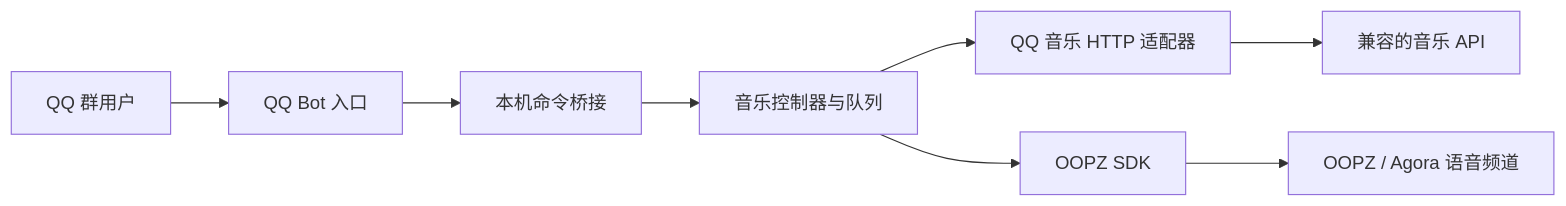
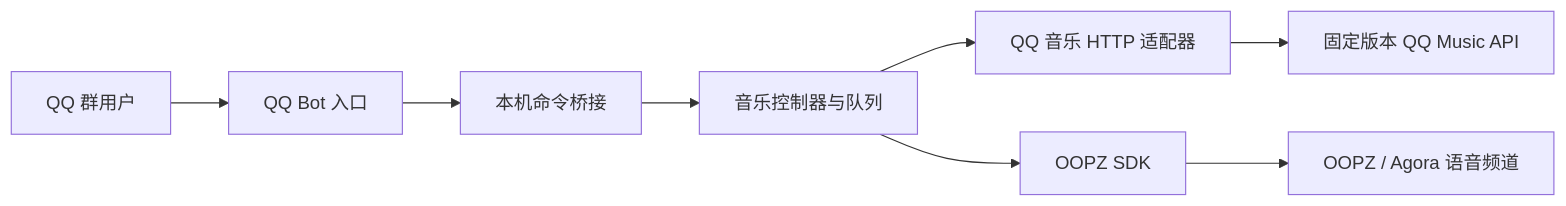
One commit to ji333abc/oopz-music-bot changed the diagram in README.md. Above: the diagram before and after it, drawn with Mermaid. The commit also changed other lines of this file and 30 other files, not shown here.

````diff
--- a/README.md
+++ b/README.md
@@ -19,10 +19,10 @@
 ```mermaid
 flowchart LR
     User["QQ 群用户"] --> QQ["QQ Bot 入口"]
     QQ --> Bridge["本机命令桥接"]
     Bridge --> Core["音乐控制器与队列"]
     Core --> Music["QQ 音乐 HTTP 适配器"]
-    Music --> API["兼容的音乐 API"]
+    Music --> API["固定版本 QQ Music API"]
     Core --> SDK["OOPZ SDK"]
     SDK --> Voice["OOPZ / Agora 语音频道"]
 ```
````
